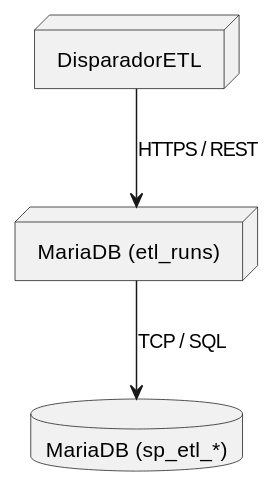
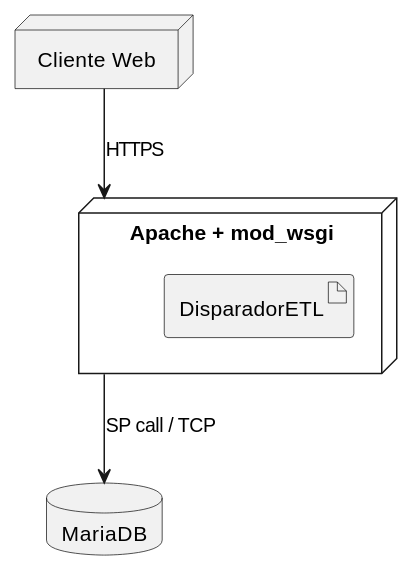
The diagram in source/arquitectura-tecnica/DeployView/pip-01.rst (jcg-admin/IACT-docs), drawn with PlantUML before and after one commit. The commit also changed 243 other files, not shown here.

First line of the commit message:
Add missing diagrams and fix participant names across Kruchten views

```diff
--- a/source/arquitectura-tecnica/DeployView/pip-01.rst
+++ b/source/arquitectura-tecnica/DeployView/pip-01.rst
@@ -21,13 +21,15 @@
 .. uml::
- :caption: UC_PIP_01 — Deployment View
+ :caption: UC_PIP_01 — Supervisar ETL — Deployment View
 
  @startuml
 
- node "DisparadorETL" as NodoFront
- node "MariaDB (etl_runs)" as NodoAPI
- database "MariaDB (sp_etl_*)" as NodoBD
+ node "Cliente Web" as Client
+ node "Apache + mod_wsgi" as WebServer {
+   artifact "DisparadorETL" as App
+ }
+ database "MariaDB" as DB
 
- NodoFront --> NodoAPI : HTTPS / REST
- NodoAPI --> NodoBD : TCP / SQL
+ Client --> WebServer : HTTPS
+ WebServer --> DB : SP call / TCP
 
  @enduml
```
